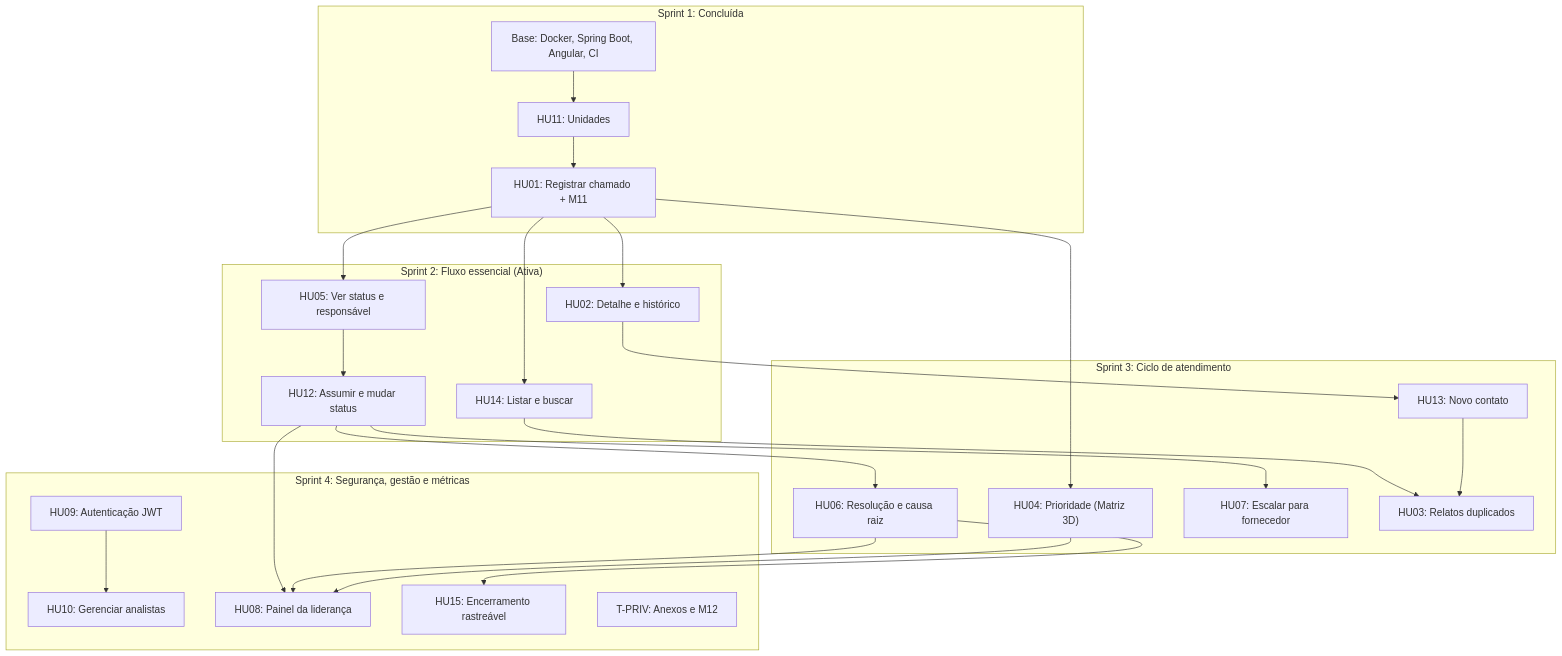
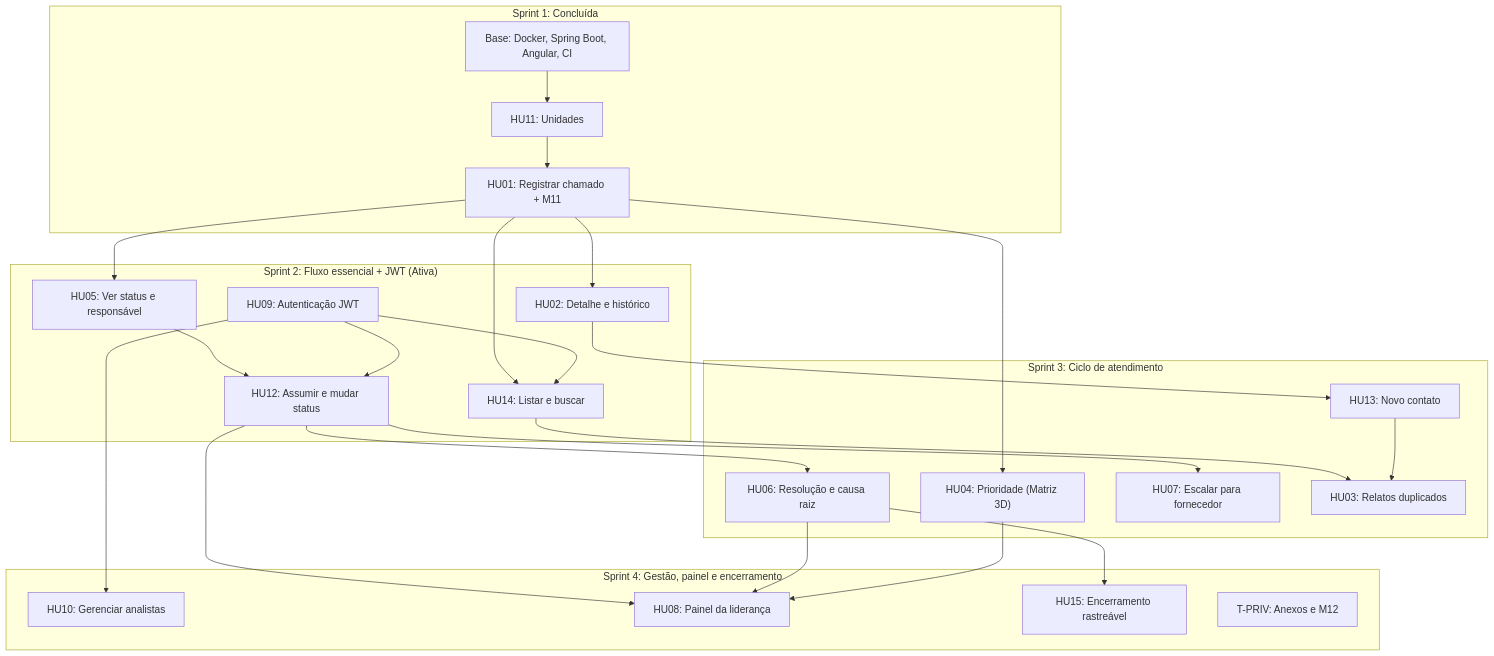
The diagram in docs/05-backlog-geral-mvp.md (LouisLuos/AvanDesk-AI), drawn with Mermaid before and after one commit. The commit also changed other lines of this file, not shown here.

Commit message:
docs(backlog): incluir HU09 na Sprint 2 e detalhar matriz de testes por sprint

````diff
--- a/docs/05-backlog-geral-mvp.md
+++ b/docs/05-backlog-geral-mvp.md
@@ -52,42 +56,43 @@
 ```mermaid
 flowchart TD
     subgraph S1["Sprint 1: Concluída"]
         BASE["Base: Docker, Spring Boot, Angular, CI"]
         HU11["HU11: Unidades"]
         HU01["HU01: Registrar chamado + M11"]
     end
 
-    subgraph S2["Sprint 2: Fluxo essencial (Ativa)"]
+    subgraph S2["Sprint 2: Fluxo essencial + JWT (Ativa)"]
+        HU09["HU09: Autenticação JWT"]
         HU14["HU14: Listar e buscar"]
         HU02["HU02: Detalhe e histórico"]
         HU05["HU05: Ver status e responsável"]
         HU12["HU12: Assumir e mudar status"]
     end
 
     subgraph S3["Sprint 3: Ciclo de atendimento"]
         HU04["HU04: Prioridade (Matriz 3D)"]
         HU06["HU06: Resolução e causa raiz"]
         HU07["HU07: Escalar para fornecedor"]
         HU13["HU13: Novo contato"]
         HU03["HU03: Relatos duplicados"]
     end
 
-    subgraph S4["Sprint 4: Segurança, gestão e métricas"]
-        HU09["HU09: Autenticação JWT"]
+    subgraph S4["Sprint 4: Gestão, painel e encerramento"]
         HU10["HU10: Gerenciar analistas"]
         HU08["HU08: Painel da liderança"]
         HU15["HU15: Encerramento rastreável"]
         PRIV["T-PRIV: Anexos e M12"]
     end
 
     BASE --> HU11 --> HU01
+    HU09 --> HU14 & HU12
     HU01 --> HU14 & HU02 & HU05
     HU05 --> HU12
     HU02 --> HU13
     HU13 & HU14 --> HU03
     HU01 --> HU04
     HU12 --> HU06 & HU07
     HU06 --> HU15
     HU04 & HU06 & HU12 --> HU08
     HU09 --> HU10
 ```
````
